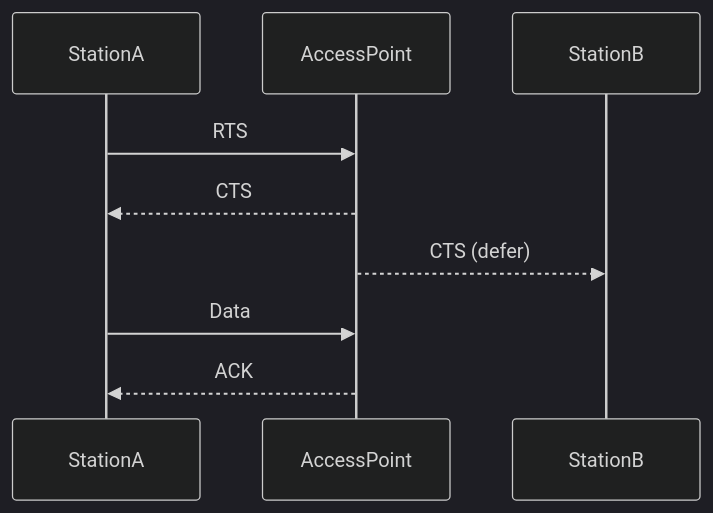
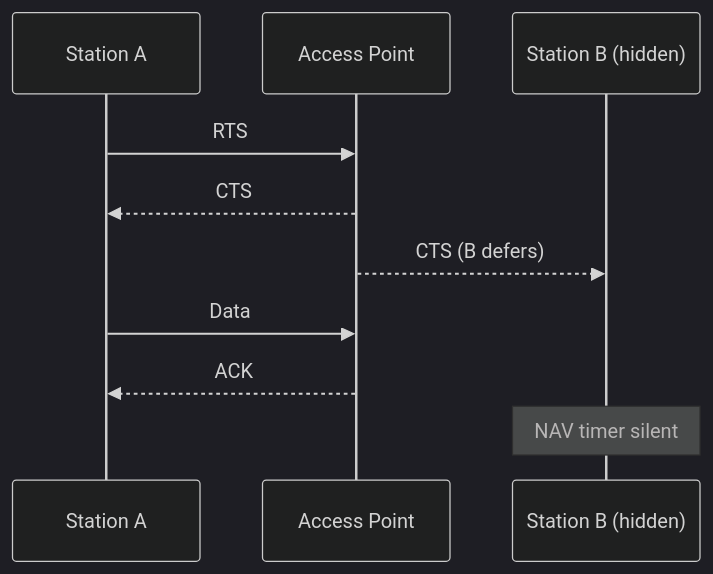
Before and after one commit to manishkumar8312/CS-Fundamentals: diagram 14 of 14 in Computer Network/Ch 04 - Data Link Layer.md, drawn with Mermaid (dark theme). The commit also changed other lines of this file, not shown here.

Commit message:
data link layer

````diff
--- a/Computer Network/Ch 04 - Data Link Layer.md
+++ b/Computer Network/Ch 04 - Data Link Layer.md
@@ -241,11 +353,12 @@
 ```mermaid
 sequenceDiagram
-    participant StationA
-    participant AccessPoint
-    participant StationB
-    StationA->>AccessPoint: RTS
-    AccessPoint-->>StationA: CTS
-    AccessPoint-->>StationB: CTS (defer)
-    StationA->>AccessPoint: Data
-    AccessPoint-->>StationA: ACK
+    participant A as Station A
+    participant AP as Access Point
+    participant B as Station B (hidden)
+    A->>AP: RTS
+    AP-->>A: CTS
+    AP-->>B: CTS (B defers)
+    A->>AP: Data
+    AP-->>A: ACK
+    Note over B: NAV timer silent
 ```
````
